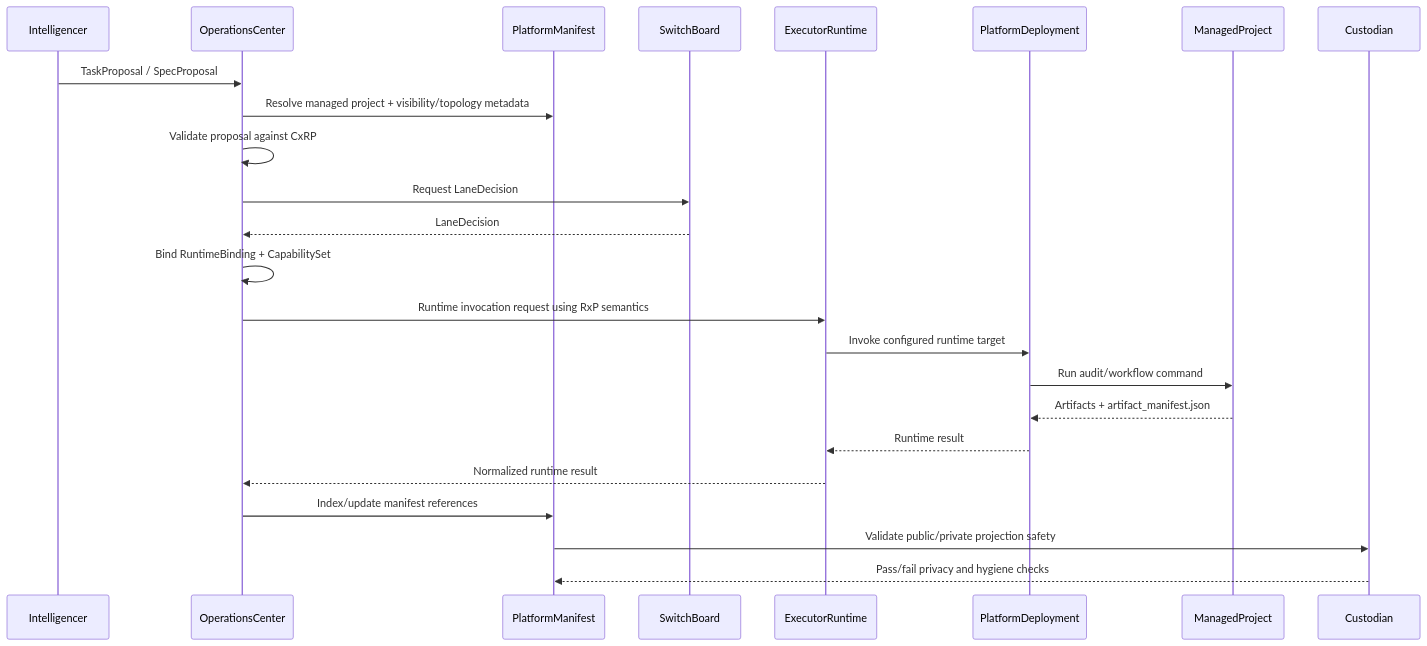
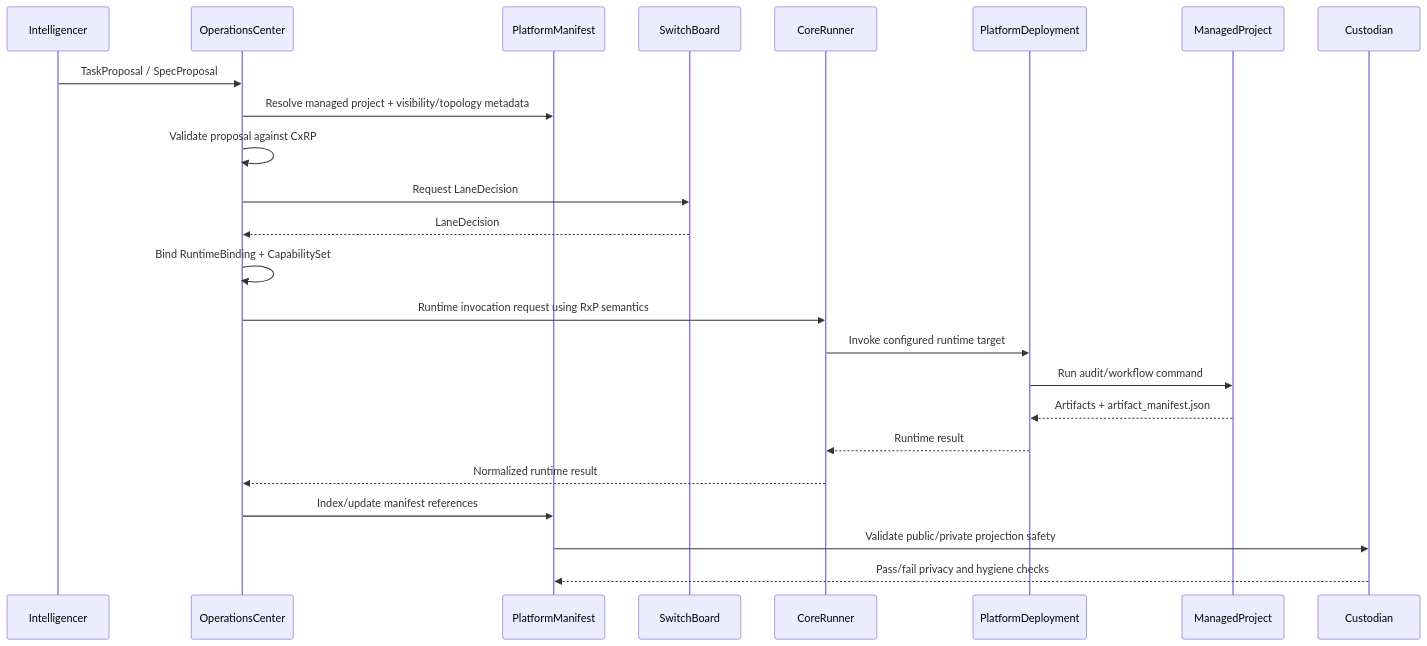
Before and after one commit to ProtocolWarden/PlatformManifest: the second of 2 diagrams in docs/architecture/platform_topology.md, drawn with Mermaid. The commit also changed other lines of this file and 13 other files, not shown here.

First line of the commit message:
feat(phase-4): rename executor_runtime → core_runner in manifest and tests

````diff
--- a/docs/architecture/platform_topology.md
+++ b/docs/architecture/platform_topology.md
@@ -62,27 +62,27 @@
 ```mermaid
 sequenceDiagram
     participant INT as Intelligencer
     participant OC as OperationsCenter
     participant PM as PlatformManifest
     participant SB as SwitchBoard
-    participant ER as ExecutorRuntime
+    participant ER as CoreRunner
     participant WS as PlatformDeployment
     participant MP as ManagedProject
     participant CUST as Custodian
 
     INT->>OC: TaskProposal / SpecProposal
     OC->>PM: Resolve managed project + visibility/topology metadata
     OC->>OC: Validate proposal against CxRP
     OC->>SB: Request LaneDecision
     SB-->>OC: LaneDecision
     OC->>OC: Bind RuntimeBinding + CapabilitySet
     OC->>ER: Runtime invocation request using RxP semantics
     ER->>WS: Invoke configured runtime target
     WS->>MP: Run audit/workflow command
     MP-->>WS: Artifacts + artifact_manifest.json
     WS-->>ER: Runtime result
     ER-->>OC: Normalized runtime result
     OC->>PM: Index/update manifest references
     PM->>CUST: Validate public/private projection safety
     CUST-->>PM: Pass/fail privacy and hygiene checks
 ```
````
